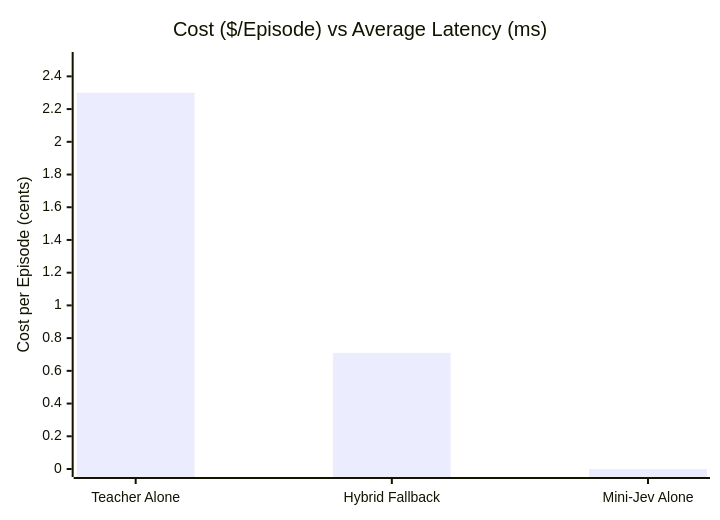
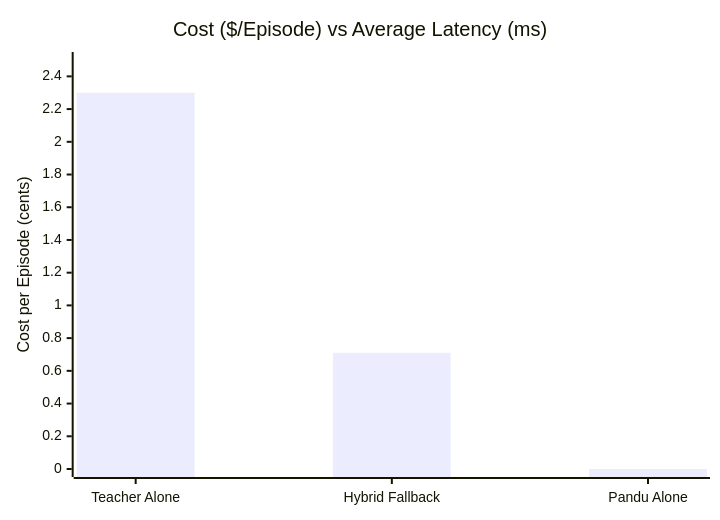
One commit to Haslab-dev/pandu-jev changed the third of 3 diagrams in docs/RESEARCH.md. Above: the diagram before and after it, drawn with Mermaid. The commit also changed other lines of this file and 12 other files, not shown here.

Commit message:
refactor: rename references to Pandu (pandu-jev) and preserve authors

````diff
--- a/docs/RESEARCH.md
+++ b/docs/RESEARCH.md
@@ -308,7 +308,7 @@
 ```mermaid
 xychart-beta
     title "Cost ($/Episode) vs Average Latency (ms)"
-    x-axis ["Teacher Alone", "Hybrid Fallback", "Mini-Jev Alone"]
+    x-axis ["Teacher Alone", "Hybrid Fallback", "Pandu Alone"]
     y-axis "Cost per Episode (cents)" 0 --> 2.5
     bar [2.30, 0.71, 0.00]
 ```
````
